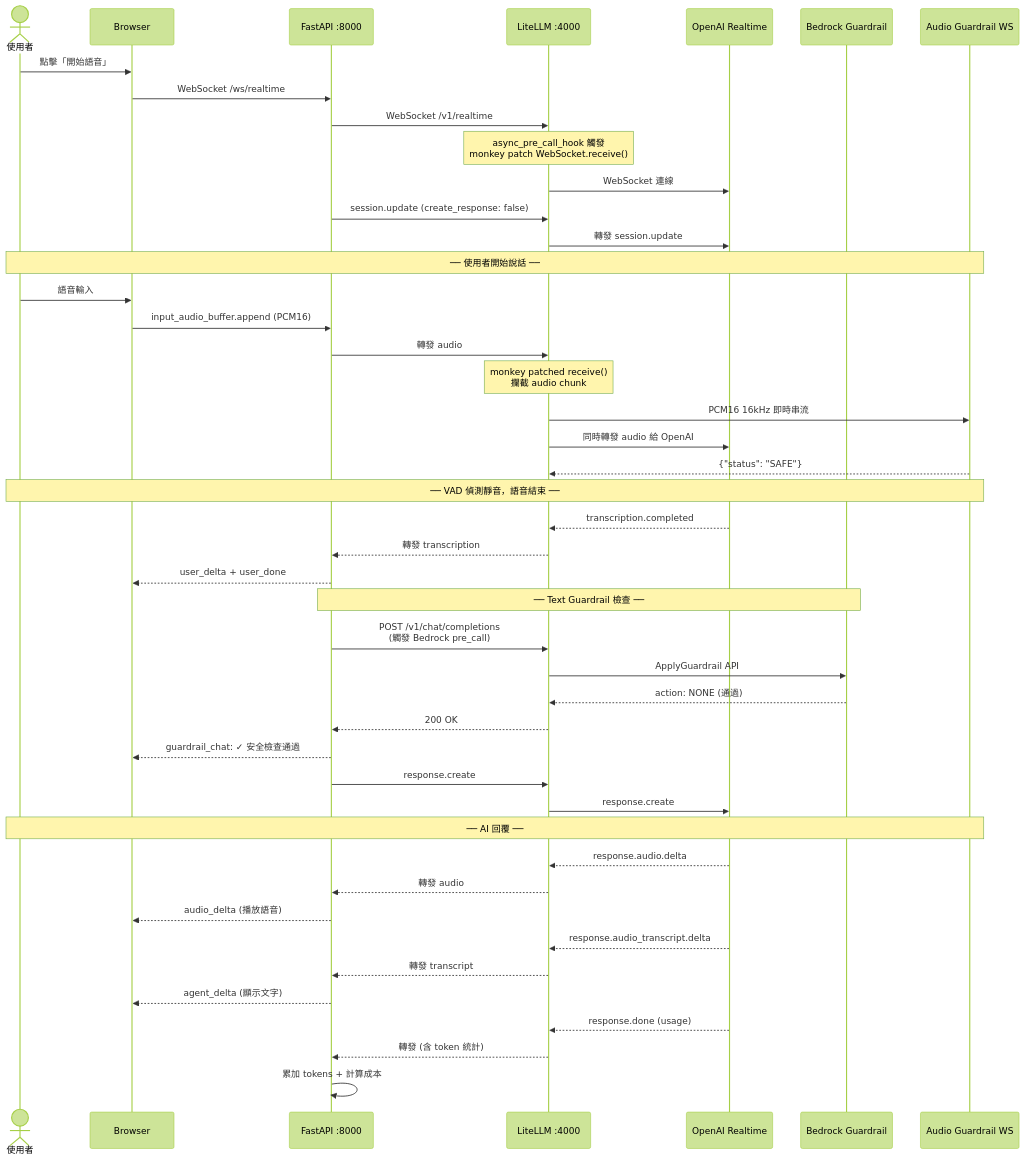
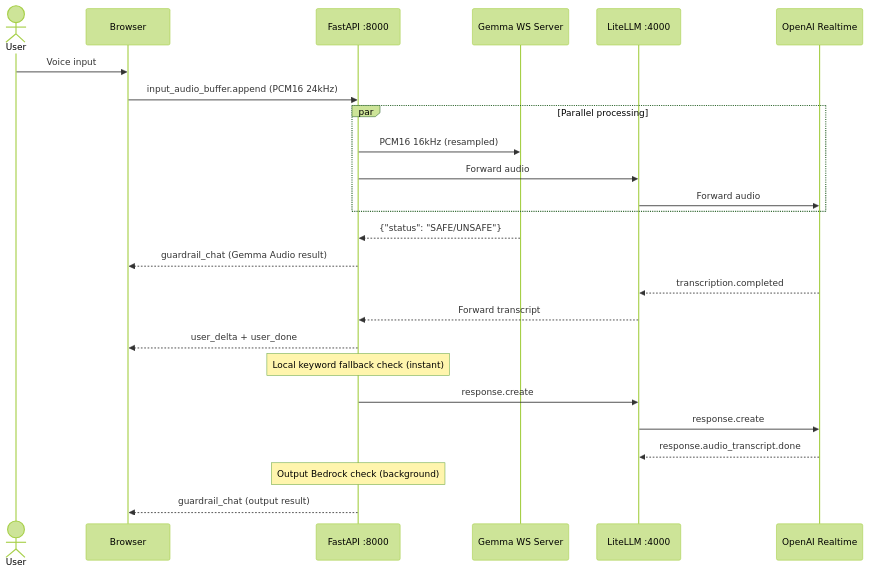
One commit to vic4code/speech-form-filling-demo changed the second of 5 diagrams in ARCHITECTURE.md. Above: the diagram before and after it, drawn with Mermaid (forest theme). The commit also changed other lines of this file and 12 other files, not shown here.

First line of the commit message:
Refactor guardrail: move Gemma audio streaming to FastAPI, add local keyword patterns

````diff
--- a/ARCHITECTURE.md
+++ b/ARCHITECTURE.md
@@ -51,64 +66,34 @@
 ```mermaid
 sequenceDiagram
-    actor User as 使用者
-    participant Browser as Browser
+    actor User
+    participant Browser
     participant FastAPI as FastAPI :8000
+    participant Gemma as Gemma WS Server
     participant LiteLLM as LiteLLM :4000
     participant OpenAI as OpenAI Realtime
-    participant Bedrock as Bedrock Guardrail
-    participant AudioGR as Audio Guardrail WS
 
-    User->>Browser: 點擊「開始語音」
-    Browser->>FastAPI: WebSocket /ws/realtime
-    FastAPI->>LiteLLM: WebSocket /v1/realtime
+    User ->> Browser: Voice input
+    Browser ->> FastAPI: input_audio_buffer.append (PCM16 24kHz)
 
-    Note over LiteLLM: async_pre_call_hook 觸發<br/>monkey patch WebSocket.receive()
+    par Parallel processing
+        FastAPI ->> Gemma: PCM16 16kHz (resampled)
+        FastAPI ->> LiteLLM: Forward audio
+        LiteLLM ->> OpenAI: Forward audio
+    end
 
-    LiteLLM->>OpenAI: WebSocket 連線
-    FastAPI->>LiteLLM: session.update (create_response: false)
-    LiteLLM->>OpenAI: 轉發 session.update
+    Gemma -->> FastAPI: {"status": "SAFE/UNSAFE"}
+    FastAPI -->> Browser: guardrail_chat (Gemma Audio result)
 
-    Note over User,AudioGR: ── 使用者開始說話 ──
+    OpenAI -->> LiteLLM: transcription.completed
+    LiteLLM -->> FastAPI: Forward transcript
+    FastAPI -->> Browser: user_delta + user_done
 
-    User->>Browser: 語音輸入
-    Browser->>FastAPI: input_audio_buffer.append (PCM16)
-    FastAPI->>LiteLLM: 轉發 audio
+    note over FastAPI: Local keyword fallback check (instant)
 
-    Note over LiteLLM: monkey patched receive()<br/>攔截 audio chunk
+    FastAPI ->> LiteLLM: response.create
+    LiteLLM ->> OpenAI: response.create
 
-    LiteLLM->>AudioGR: PCM16 16kHz 即時串流
-    LiteLLM->>OpenAI: 同時轉發 audio 給 OpenAI
-
-    AudioGR-->>LiteLLM: {"status": "SAFE"}
-
-    Note over User,AudioGR: ── VAD 偵測靜音，語音結束 ──
-
-    OpenAI-->>LiteLLM: transcription.completed
-    LiteLLM-->>FastAPI: 轉發 transcription
-    FastAPI-->>Browser: user_delta + user_done
-
-    Note over FastAPI,Bedrock: ── Text Guardrail 檢查 ──
-
-    FastAPI->>LiteLLM: POST /v1/chat/completions<br/>(觸發 Bedrock pre_call)
-    LiteLLM->>Bedrock: ApplyGuardrail API
-    Bedrock-->>LiteLLM: action: NONE (通過)
-    LiteLLM-->>FastAPI: 200 OK
-    FastAPI-->>Browser: guardrail_chat: ✓ 安全檢查通過
-
-    FastAPI->>LiteLLM: response.create
-    LiteLLM->>OpenAI: response.create
-
-    Note over User,AudioGR: ── AI 回覆 ──
-
-    OpenAI-->>LiteLLM: response.audio.delta
-    LiteLLM-->>FastAPI: 轉發 audio
-    FastAPI-->>Browser: audio_delta (播放語音)
-
-    OpenAI-->>LiteLLM: response.audio_transcript.delta
-    LiteLLM-->>FastAPI: 轉發 transcript
-    FastAPI-->>Browser: agent_delta (顯示文字)
-
-    OpenAI-->>LiteLLM: response.done (usage)
-    LiteLLM-->>FastAPI: 轉發 (含 token 統計)
-    FastAPI->>FastAPI: 累加 tokens + 計算成本
+    OpenAI -->> LiteLLM: response.audio_transcript.done
+    note over FastAPI: Output Bedrock check (background)
+    FastAPI -->> Browser: guardrail_chat (output result)
 ```
````
